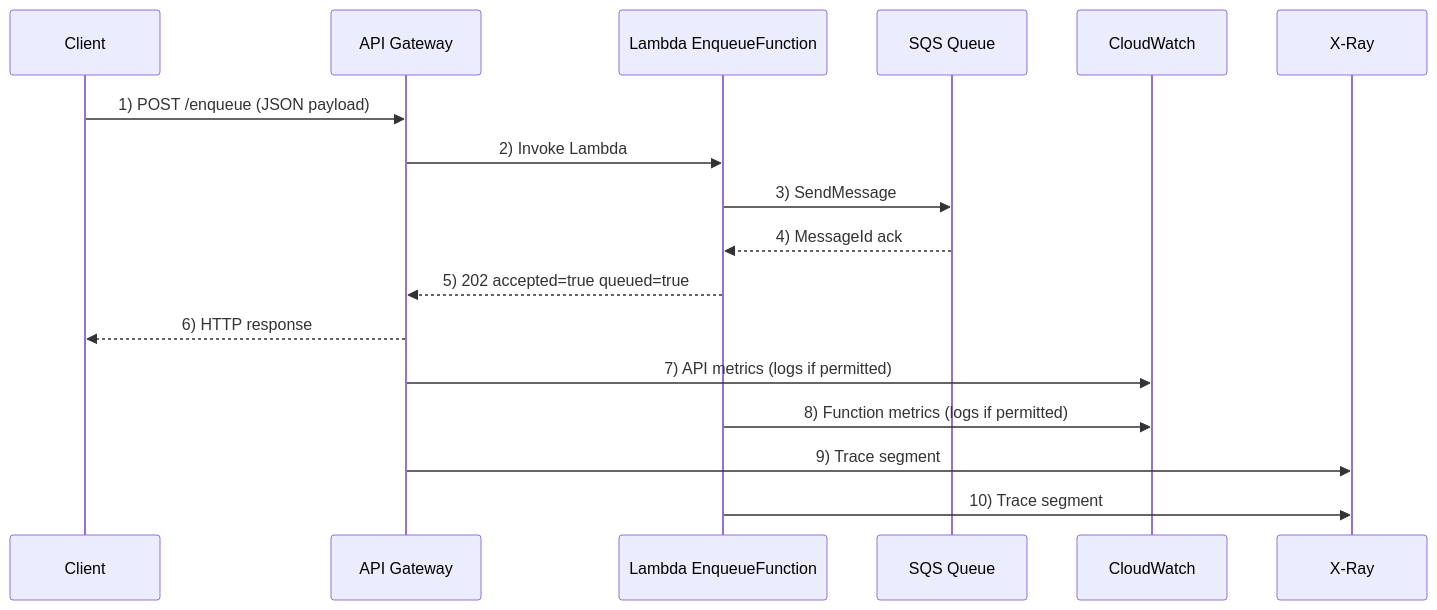
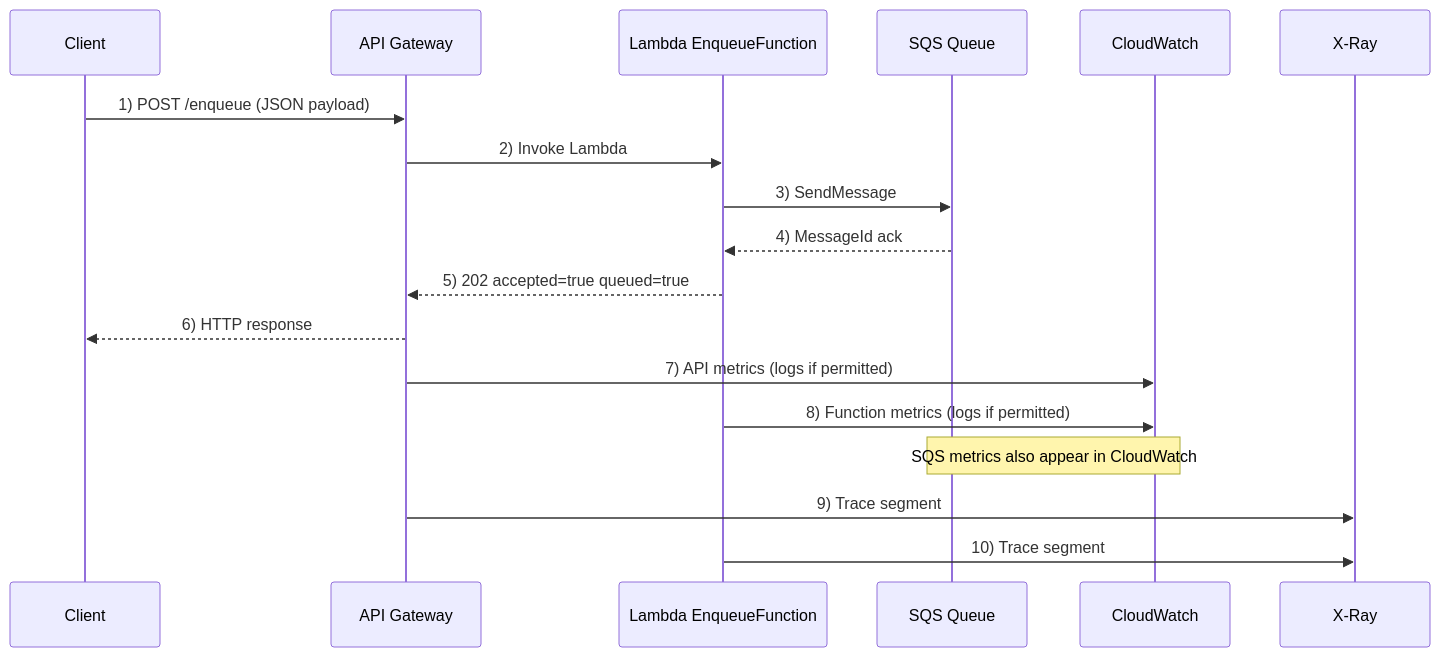
The third of 3 diagrams in docs/task2/TASK2_ARCHITECTURE_BLUEPRINTS.md (karth1kkk/securechat), drawn with Mermaid before and after one commit. The commit also changed other lines of this file and 2 other files, not shown here.

First line of the commit message:
Update architecture blueprints for Task #2

````diff
--- a/docs/task2/TASK2_ARCHITECTURE_BLUEPRINTS.md
+++ b/docs/task2/TASK2_ARCHITECTURE_BLUEPRINTS.md
@@ -36,20 +39,21 @@
 ```mermaid
 sequenceDiagram
   participant C as Client
   participant G as API Gateway
   participant L as Lambda EnqueueFunction
   participant S as SQS Queue
   participant CW as CloudWatch
   participant XR as X-Ray
 
   C->>G: 1) POST /enqueue (JSON payload)
   G->>L: 2) Invoke Lambda
   L->>S: 3) SendMessage
   S-->>L: 4) MessageId ack
   L-->>G: 5) 202 accepted=true queued=true
   G-->>C: 6) HTTP response
   G->>CW: 7) API metrics (logs if permitted)
   L->>CW: 8) Function metrics (logs if permitted)
+  Note over S,CW: SQS metrics also appear in CloudWatch
   G->>XR: 9) Trace segment
   L->>XR: 10) Trace segment
 ```
````
